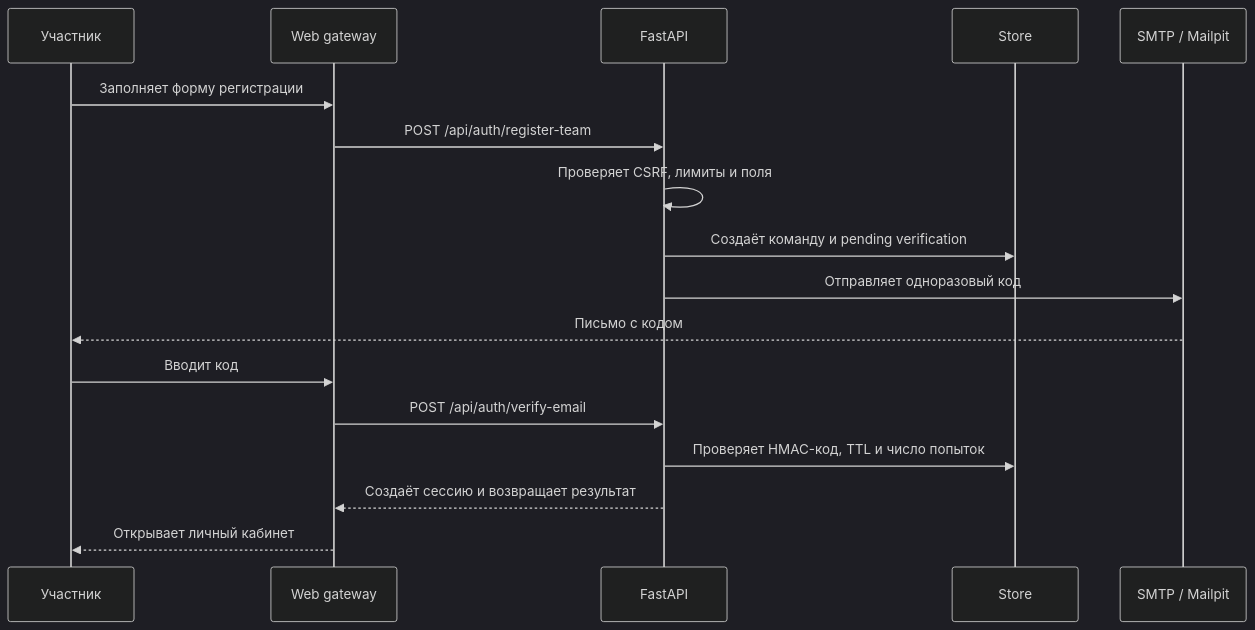
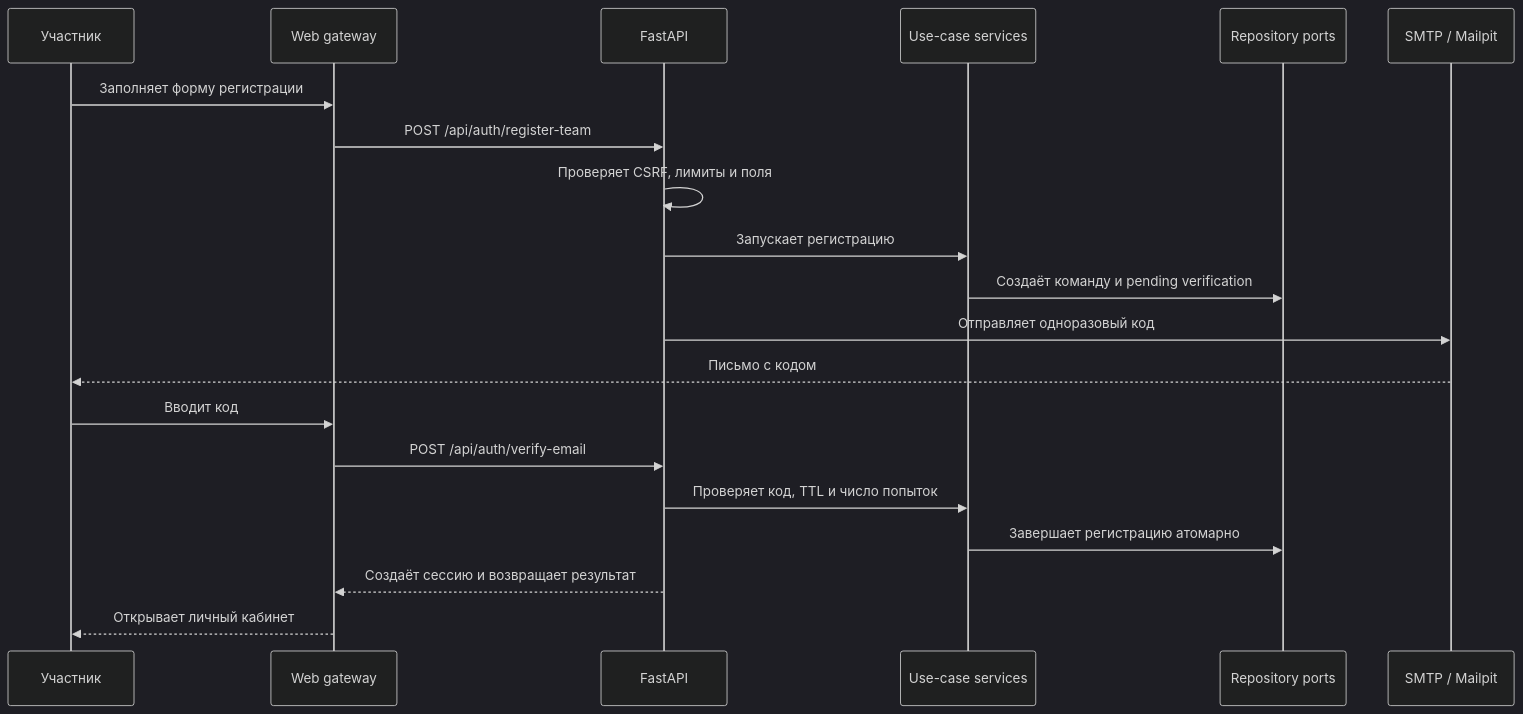
The second of 2 diagrams in README.md (artemnoor/lug-2026), drawn with Mermaid (dark theme) before and after one commit. The commit also changed other lines of this file and 49 other files, not shown here.

Commit message:
refactor: complete application architecture hardening

````diff
--- a/README.md
+++ b/README.md
@@ -115,20 +117,23 @@
 ```mermaid
 sequenceDiagram
-    participant U as Участник
+    participant User as Участник
     participant W as Web gateway
     participant A as FastAPI
-    participant S as Store
+    participant UC as Use-case services
+    participant R as Repository ports
     participant M as SMTP / Mailpit
 
-    U->>W: Заполняет форму регистрации
+    User->>W: Заполняет форму регистрации
     W->>A: POST /api/auth/register-team
     A->>A: Проверяет CSRF, лимиты и поля
-    A->>S: Создаёт команду и pending verification
+    A->>UC: Запускает регистрацию
+    UC->>R: Создаёт команду и pending verification
     A->>M: Отправляет одноразовый код
-    M-->>U: Письмо с кодом
-    U->>W: Вводит код
+    M-->>User: Письмо с кодом
+    User->>W: Вводит код
     W->>A: POST /api/auth/verify-email
-    A->>S: Проверяет HMAC-код, TTL и число попыток
+    A->>UC: Проверяет код, TTL и число попыток
+    UC->>R: Завершает регистрацию атомарно
     A-->>W: Создаёт сессию и возвращает результат
-    W-->>U: Открывает личный кабинет
+    W-->>User: Открывает личный кабинет
 ```
````
